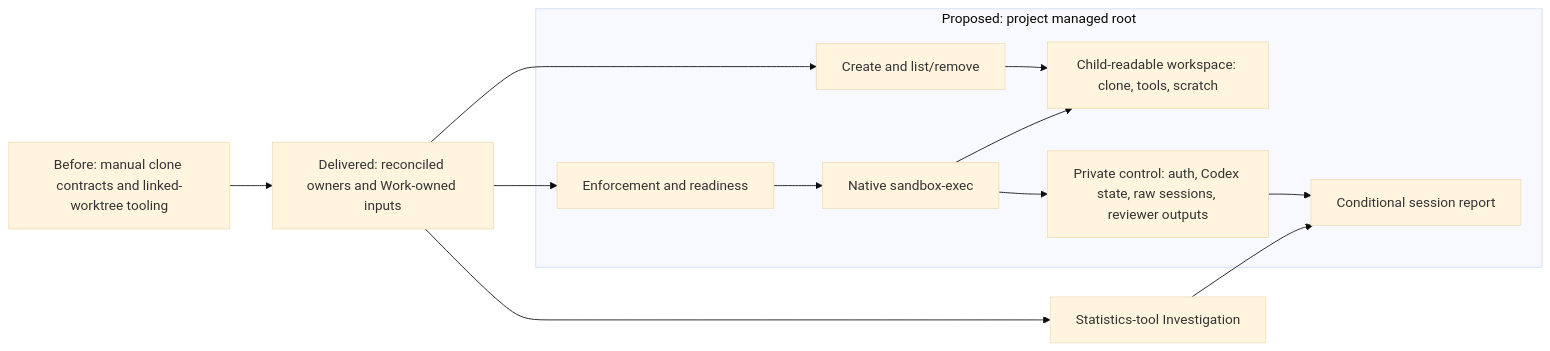
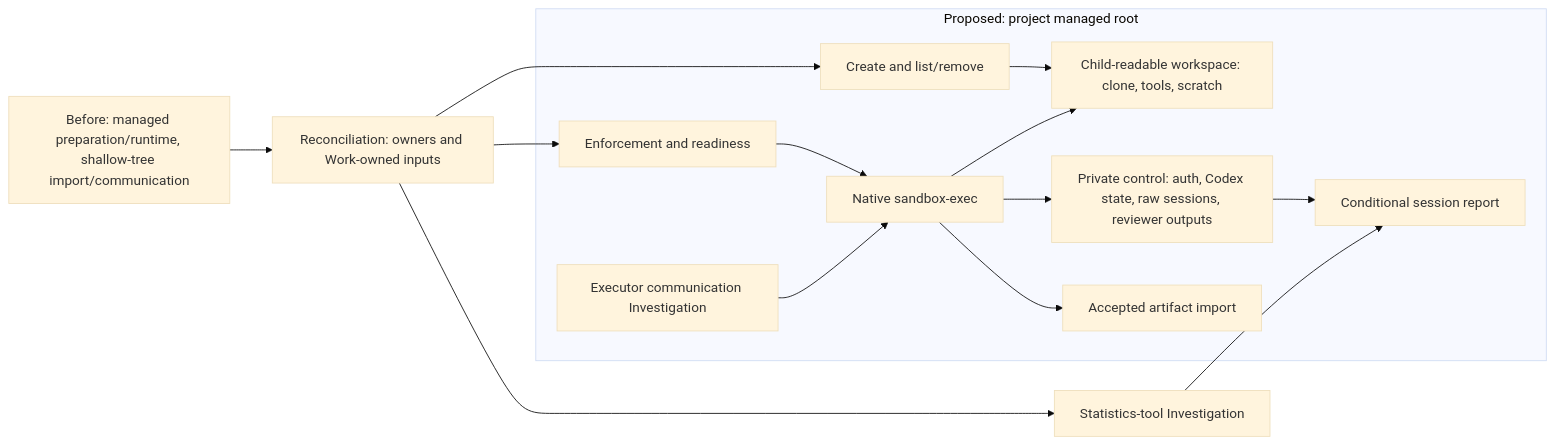
Before and after one commit to msitarz/ataraxia: the diagram in doc/feat/evaluation-sandboxes/README.md, drawn with Mermaid (base theme). The commit also changed other lines of this file and 9 other files, not shown here.

````diff
--- a/doc/feat/evaluation-sandboxes/README.md
+++ b/doc/feat/evaluation-sandboxes/README.md
@@ -23,18 +28,20 @@
 ```mermaid
 flowchart LR
-    B[Before: manual clone contracts and linked-worktree tooling]
-    B --> G[Delivered: reconciled owners and Work-owned inputs]
+    B[Before: managed preparation/runtime, shallow-tree import/communication]
+    B --> G[Reconciliation: owners and Work-owned inputs]
     subgraph Proposed[Proposed: project managed root]
         W[Child-readable workspace: clone, tools, scratch]
         P[Private control: auth, Codex state, raw sessions, reviewer outputs]
         C[Create and list/remove] --> W
         E[Enforcement and readiness] --> X[Native sandbox-exec]
         X --> W
         X --> P
+        X --> A[Accepted artifact import]
+        Q[Executor communication Investigation] --> X
         P --> R[Conditional session report]
     end
     G --> C
     G --> E
     G --> I[Statistics-tool Investigation]
     I --> R
 ```
````
